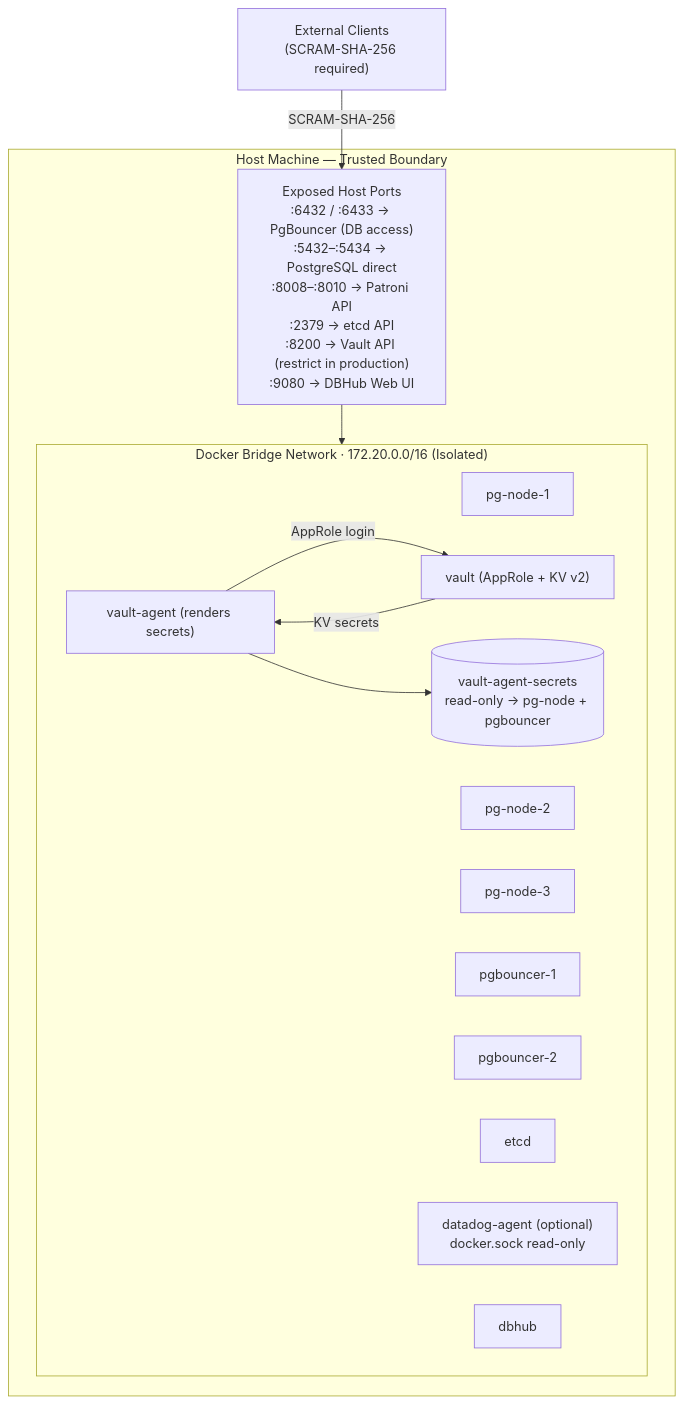
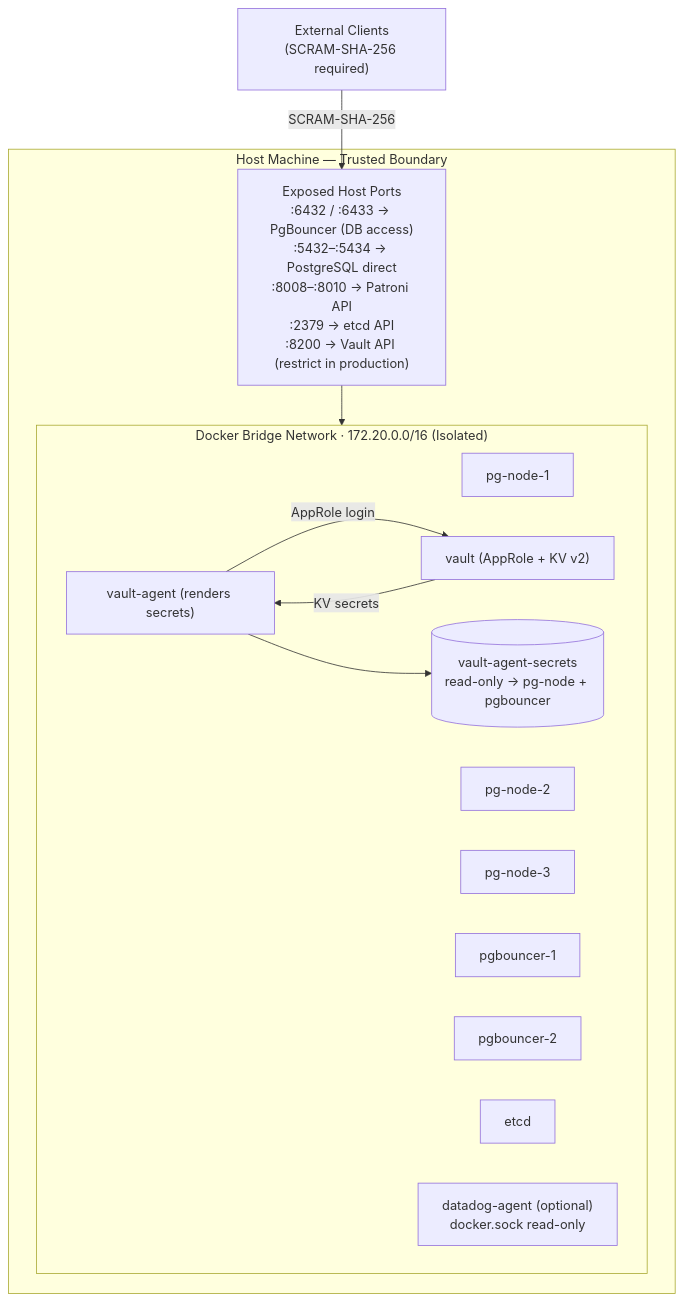
Diagram 18 of 18 in docs/architecture/ARCHITECTURE.md (venkatajangala/terraform-docker-container-postgres), drawn with Mermaid before and after one commit. The commit also changed other lines of this file and 18 other files, not shown here.

````diff
--- a/docs/architecture/ARCHITECTURE.md
+++ b/docs/architecture/ARCHITECTURE.md
@@ -736,25 +729,24 @@
 ```mermaid
 graph TD
     EXT["External Clients<br/>(SCRAM-SHA-256 required)"]
 
     subgraph HOST["Host Machine — Trusted Boundary"]
-        PORTS["Exposed Host Ports<br/>:6432 / :6433 → PgBouncer (DB access)<br/>:5432–:5434 → PostgreSQL direct<br/>:8008–:8010 → Patroni API<br/>:2379 → etcd API<br/>:8200 → Vault API (restrict in production)<br/>:9080 → DBHub Web UI"]
+        PORTS["Exposed Host Ports<br/>:6432 / :6433 → PgBouncer (DB access)<br/>:5432–:5434 → PostgreSQL direct<br/>:8008–:8010 → Patroni API<br/>:2379 → etcd API<br/>:8200 → Vault API (restrict in production)"]
 
         subgraph DOCKER["Docker Bridge Network · 172.20.0.0/16 (Isolated)"]
             PG1["pg-node-1"] & PG2["pg-node-2"] & PG3["pg-node-3"]
             PGB1["pgbouncer-1"] & PGB2["pgbouncer-2"]
             ETCD["etcd"]
             VAULT["vault (AppRole + KV v2)"]
             VAGENT["vault-agent (renders secrets)"]
             SVOL[("vault-agent-secrets\nread-only → pg-node + pgbouncer")]
             DD["datadog-agent (optional)\ndocker.sock read-only"]
-            DBHUB["dbhub"]
         end
     end
 
     EXT -->|"SCRAM-SHA-256"| PORTS
     PORTS --> DOCKER
     VAGENT -->|"AppRole login"| VAULT
     VAULT -->|"KV secrets"| VAGENT
     VAGENT --> SVOL
 ```
````
